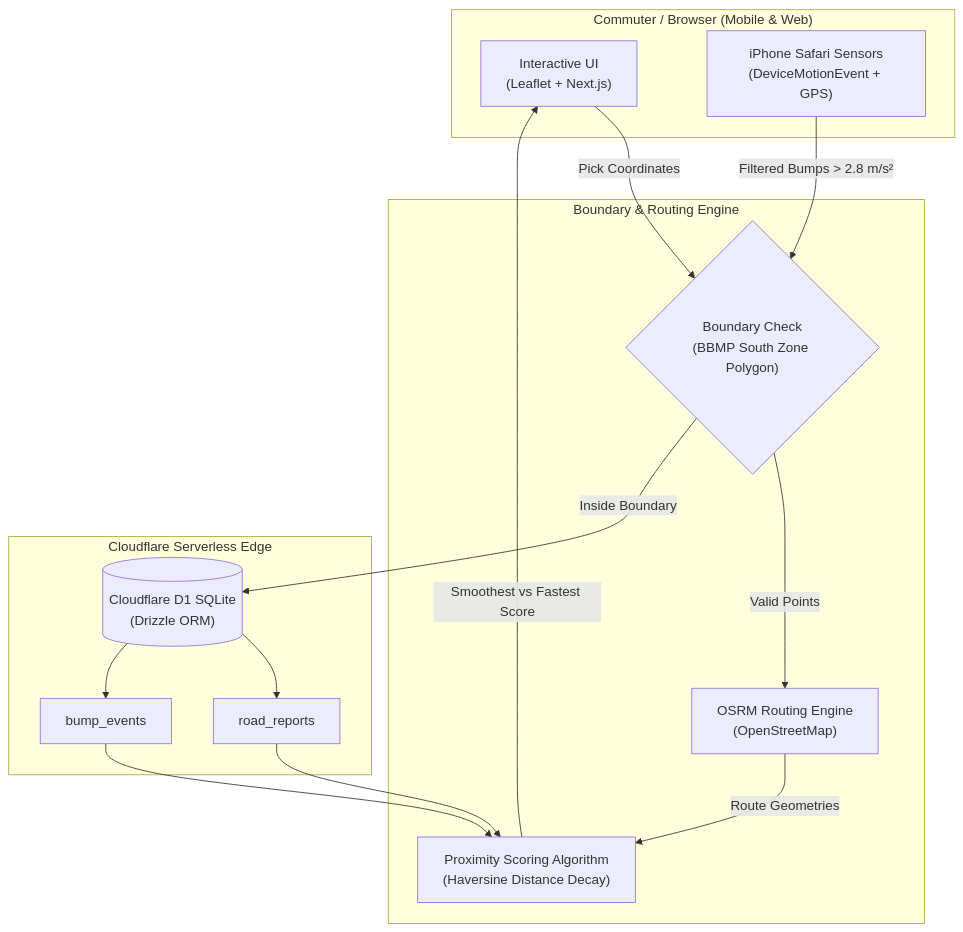
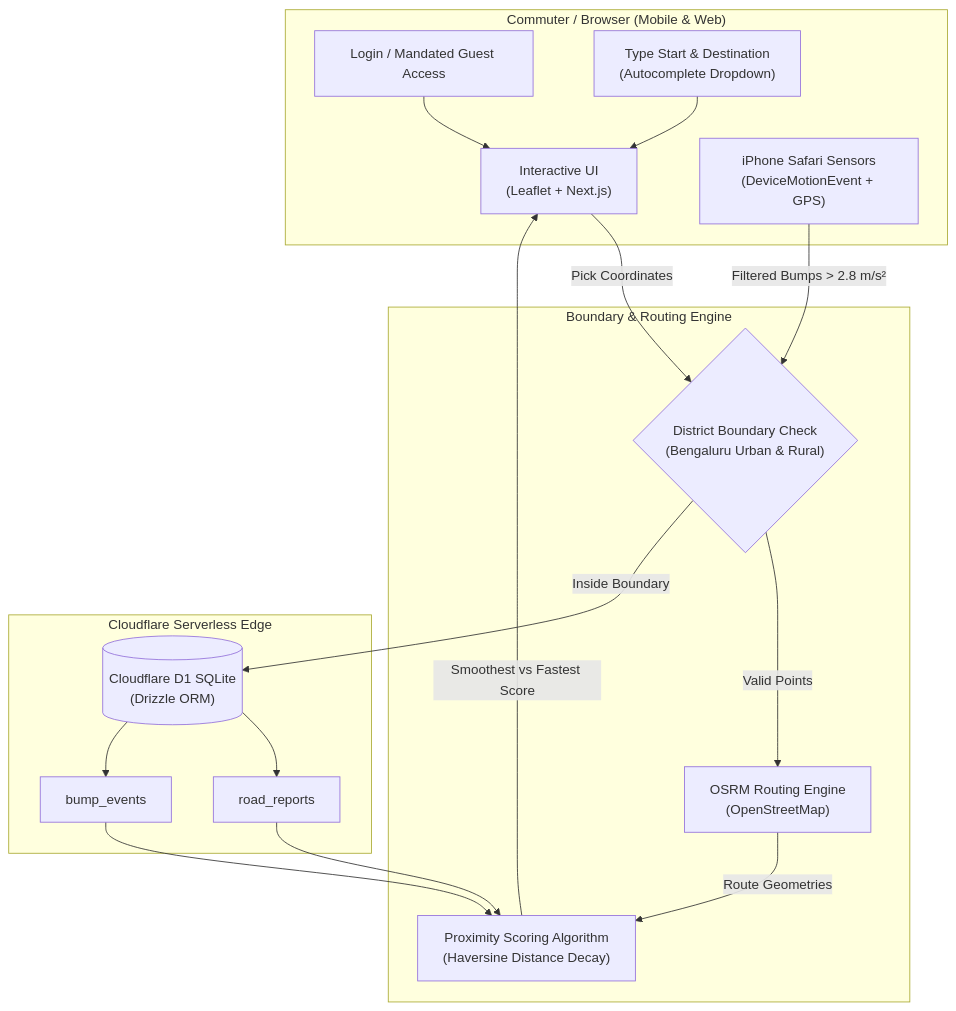
The diagram in README.md (avinasharadya88/navigate), drawn with Mermaid before and after one commit. The commit also changed other lines of this file and 13 other files, not shown here.

Commit message:
feat: add typed location selection, Bangalore Urban & Rural expansion, road search dropdown, and login page

````diff
--- a/README.md
+++ b/README.md
@@ -82,28 +91,32 @@
 ```mermaid
 flowchart TD
     subgraph Client ["Commuter / Browser (Mobile & Web)"]
+        Login["Login / Mandated Guest Access"]
+        TypeLocation["Type Start & Destination\n(Autocomplete Dropdown)"]
         UI["Interactive UI\n(Leaflet + Next.js)"]
         Sensors["iPhone Safari Sensors\n(DeviceMotionEvent + GPS)"]
     end
 
     subgraph GeoLogic ["Boundary & Routing Engine"]
-        Fencing{"Boundary Check\n(BBMP South Zone Polygon)"}
+        Fencing{"District Boundary Check\n(Bengaluru Urban & Rural)"}
         OSRM["OSRM Routing Engine\n(OpenStreetMap)"]
         Scorer["Proximity Scoring Algorithm\n(Haversine Distance Decay)"]
     end
 
     subgraph Storage ["Cloudflare Serverless Edge"]
         D1[("Cloudflare D1 SQLite\n(Drizzle ORM)")]
         Reports["road_reports"]
         Bumps["bump_events"]
     end
 
+    Login --> UI
+    TypeLocation --> UI
     UI -->|Pick Coordinates| Fencing
     Fencing -->|Valid Points| OSRM
     OSRM -->|Route Geometries| Scorer
     Sensors -->|Filtered Bumps > 2.8 m/s²| Fencing
     Fencing -->|Inside Boundary| D1
     D1 --> Reports & Bumps
     Reports & Bumps --> Scorer
     Scorer -->|Smoothest vs Fastest Score| UI
 ```
````
